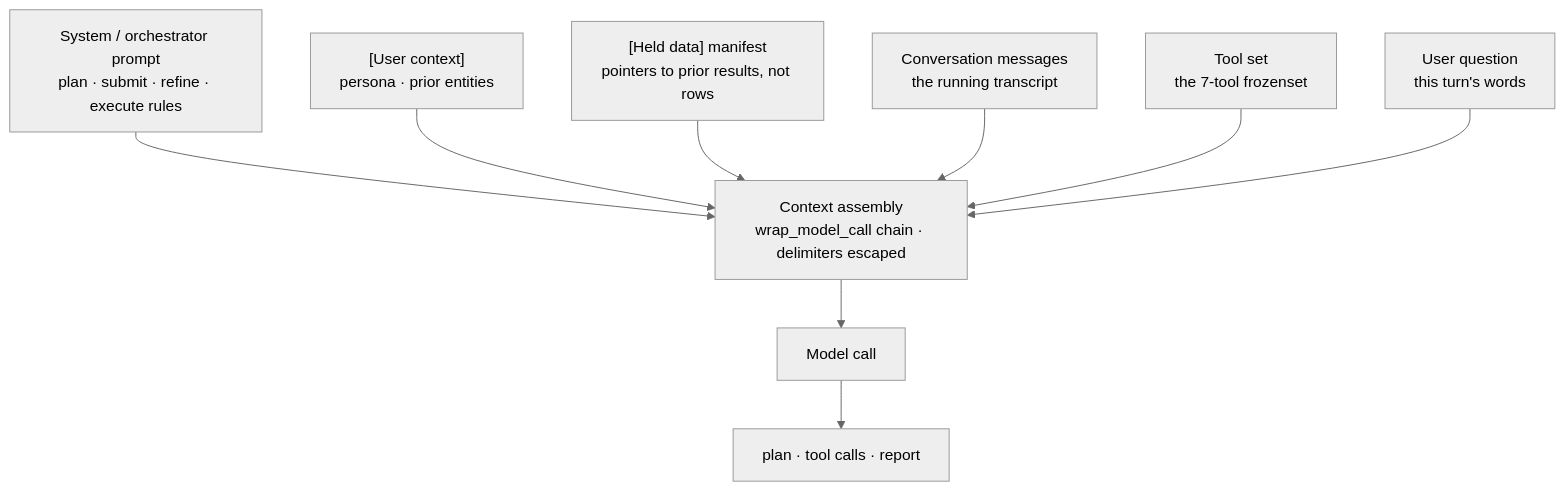
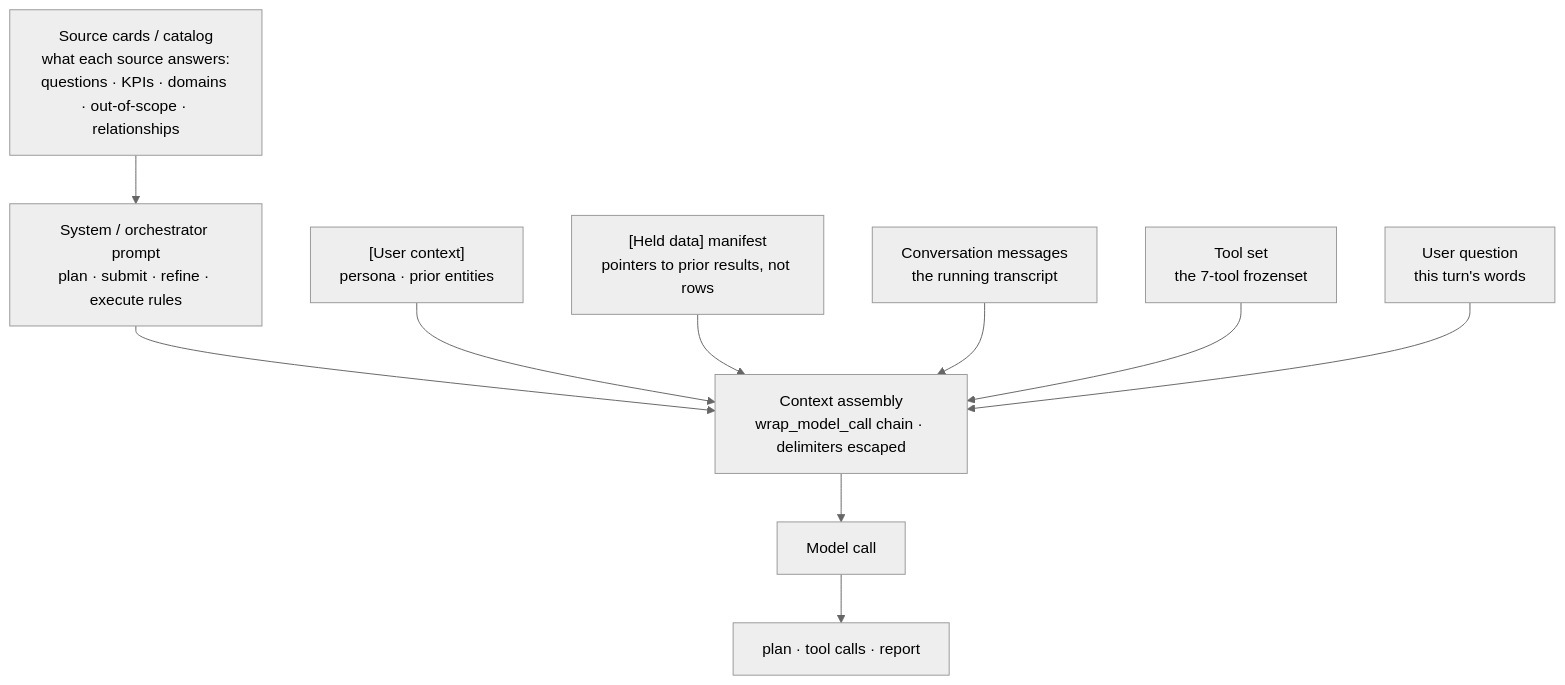
The first of 2 diagrams in articles/03-context-injection.md (neeleshsethi/agentic-engineering-patterns), drawn with Mermaid (neutral theme) before and after one commit. The commit also changed other lines of this file and 4 other files, not shown here.

First line of the commit message:
Add source cards to the context-assembly picture

````diff
--- a/articles/03-context-injection.md
+++ b/articles/03-context-injection.md
@@ -36,20 +36,22 @@
 ```mermaid
 flowchart TB
+    SC["Source cards / catalog<br/>what each source answers:<br/>questions · KPIs · domains · out-of-scope · relationships"]
     SP["System / orchestrator prompt<br/>plan · submit · refine · execute rules"]
     UC["[User context]<br/>persona · prior entities"]
     HD["[Held data] manifest<br/>pointers to prior results, not rows"]
     MSG["Conversation messages<br/>the running transcript"]
     TL["Tool set<br/>the 7-tool frozenset"]
     Q["User question<br/>this turn's words"]
 
+    SC --> SP
     SP --> ASM
     UC --> ASM
     HD --> ASM
     MSG --> ASM
     TL --> ASM
     Q --> ASM
 
     ASM["Context assembly<br/>wrap_model_call chain · delimiters escaped"]
     ASM --> M["Model call"]
     M --> OUT["plan · tool calls · report"]
 ```
````
